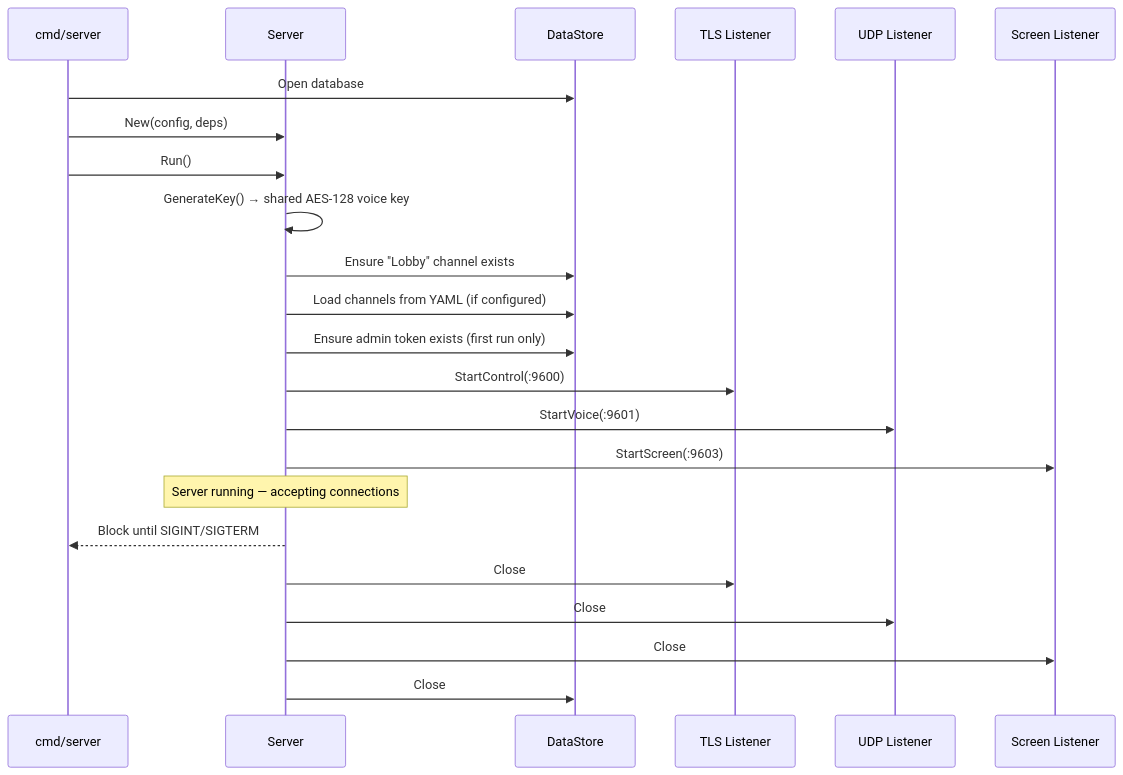
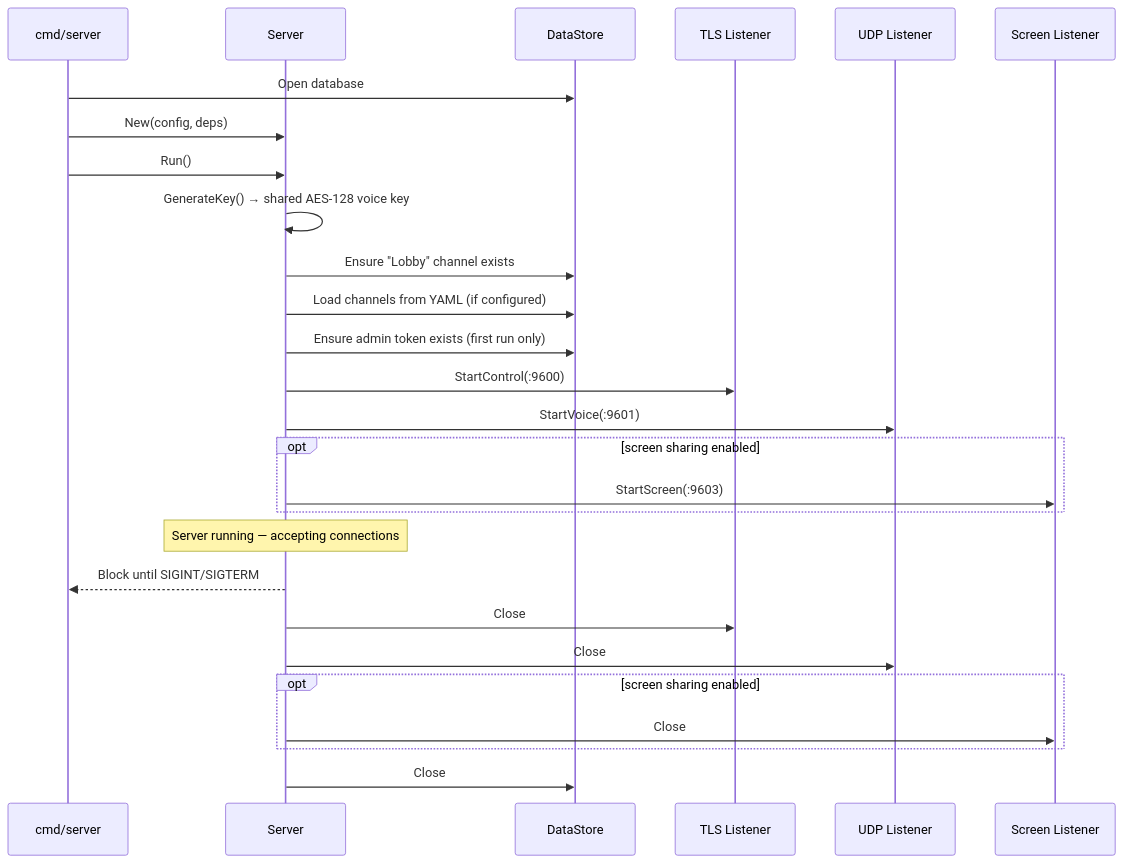
One commit to NicolasHaas/gospeak changed the third of 5 diagrams in docs/architecture.md. Above: the diagram before and after it, drawn with Mermaid. The commit also changed other lines of this file and 6 other files, not shown here.

````diff
--- a/docs/architecture.md
+++ b/docs/architecture.md
@@ -110,26 +110,30 @@
 ```mermaid
 sequenceDiagram
     participant Main as cmd/server
     participant Srv as Server
     participant Store as DataStore
     participant TLS as TLS Listener
     participant UDP as UDP Listener
     participant SCR as Screen Listener
 
     Main->>Store: Open database
     Main->>Srv: New(config, deps)
     Main->>Srv: Run()
     Srv->>Srv: GenerateKey() → shared AES-128 voice key
     Srv->>Store: Ensure "Lobby" channel exists
     Srv->>Store: Load channels from YAML (if configured)
     Srv->>Store: Ensure admin token exists (first run only)
     Srv->>TLS: StartControl(:9600)
     Srv->>UDP: StartVoice(:9601)
-    Srv->>SCR: StartScreen(:9603)
+    opt screen sharing enabled
+        Srv->>SCR: StartScreen(:9603)
+    end
     Note over Srv: Server running — accepting connections
     Srv-->>Main: Block until SIGINT/SIGTERM
     Srv->>TLS: Close
     Srv->>UDP: Close
-    Srv->>SCR: Close
+    opt screen sharing enabled
+        Srv->>SCR: Close
+    end
     Srv->>Store: Close
 ```
````
